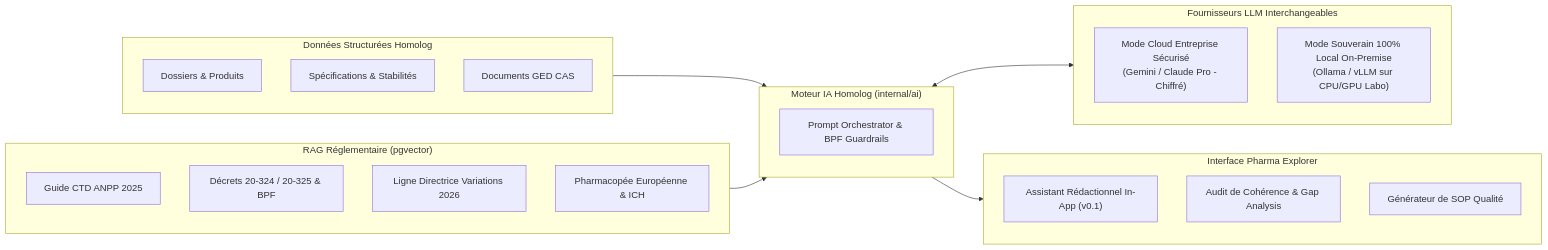
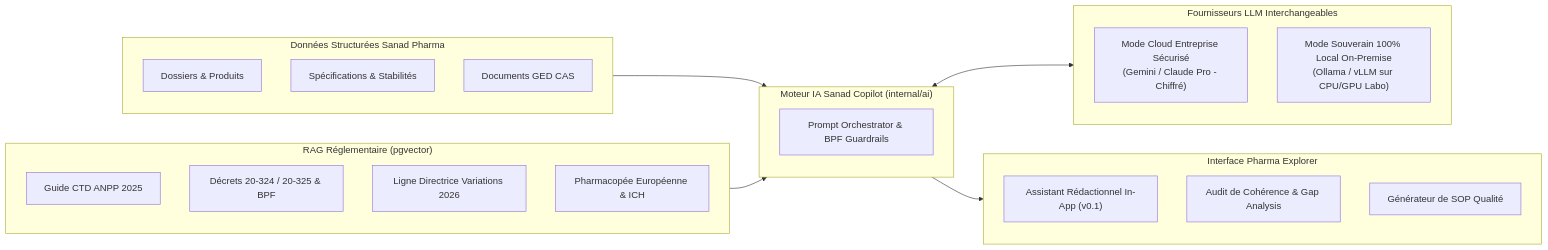
The fifth of 5 diagrams in docs/cahier_des_charges.md (aassr1965/homolog), drawn with Mermaid before and after one commit. The commit also changed other lines of this file and 2 other files, not shown here.

Commit message:
docs(branding): formalize Sanad Pharma identity, module naming, and fix section numbering

````diff
--- a/docs/cahier_des_charges.md
+++ b/docs/cahier_des_charges.md
@@ -1141,31 +1187,31 @@
 ```mermaid
 flowchart LR
-    subgraph D["Données Structurées Homolog"]
+    subgraph D["Données Structurées Sanad Pharma"]
         D1["Dossiers & Produits"]
         D2["Spécifications & Stabilités"]
         D3["Documents GED CAS"]
     end
     subgraph R["RAG Réglementaire (pgvector)"]
         R1["Guide CTD ANPP 2025"]
         R2["Décrets 20-324 / 20-325 & BPF"]
         R3["Ligne Directrice Variations 2026"]
         R4["Pharmacopée Européenne & ICH"]
     end
-    subgraph M["Moteur IA Homolog (internal/ai)"]
+    subgraph M["Moteur IA Sanad Copilot (internal/ai)"]
         M1["Prompt Orchestrator & BPF Guardrails"]
     end
     subgraph P["Fournisseurs LLM Interchangeables"]
         P1["Mode Cloud Entreprise Sécurisé<br>(Gemini / Claude Pro - Chiffré)"]
         P2["Mode Souverain 100% Local On-Premise<br>(Ollama / vLLM sur CPU/GPU Labo)"]
     end
     subgraph UI["Interface Pharma Explorer"]
         UI1["Assistant Rédactionnel In-App (v0.1)"]
         UI2["Audit de Cohérence & Gap Analysis"]
         UI3["Générateur de SOP Qualité"]
     end
 
     D --> M
     R --> M
     M <--> P
     M --> UI
 ```
````
